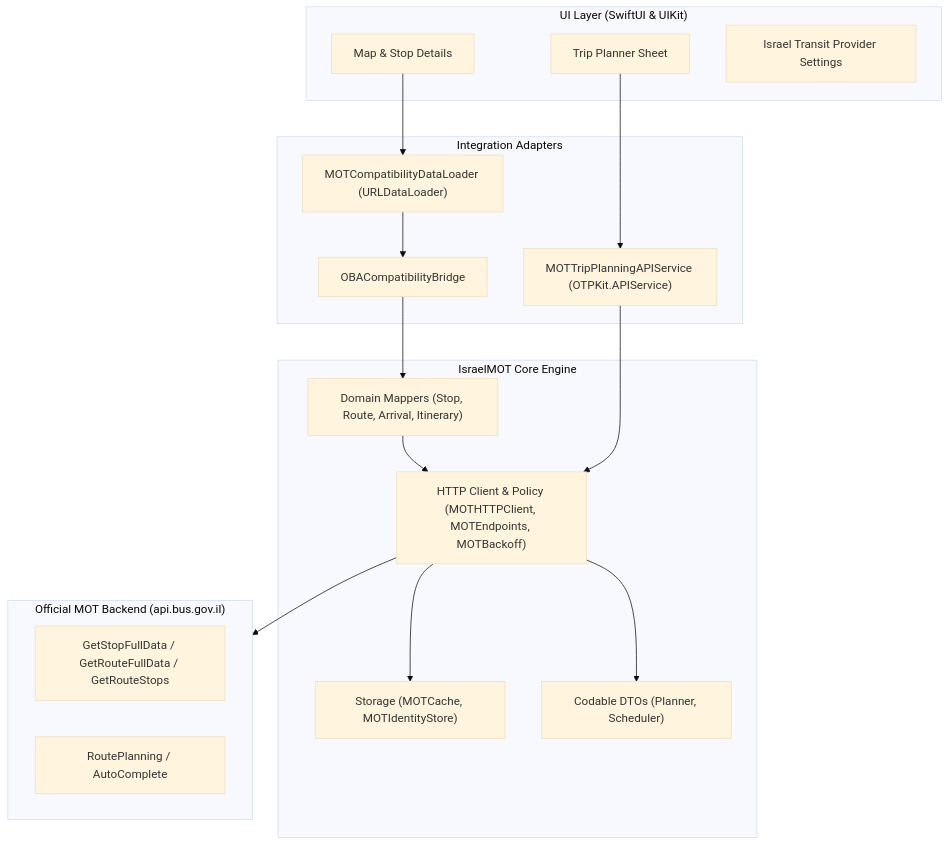
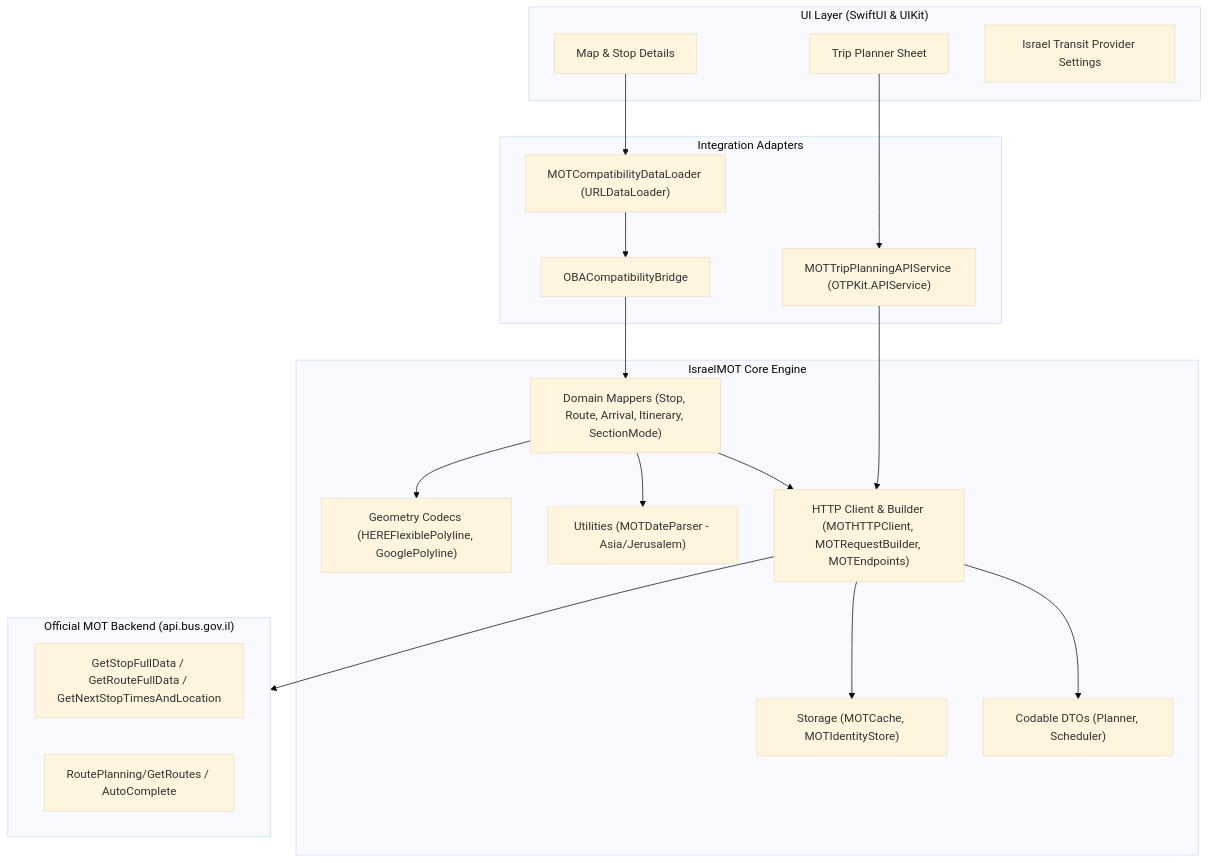
Before and after one commit to davidpovarsky/onebusaway-ios: the diagram in docs/ARCHITECTURE.md, drawn with Mermaid (base theme). The commit also changed other lines of this file and 7 other files, not shown here.

````diff
--- a/docs/ARCHITECTURE.md
+++ b/docs/ARCHITECTURE.md
@@ -17,36 +17,40 @@
 ```mermaid
 graph TD
     subgraph UI ["UI Layer (SwiftUI & UIKit)"]
         MapView["Map & Stop Details"]
         TripPlanner["Trip Planner Sheet"]
         Settings["Israel Transit Provider Settings"]
     end
 
     subgraph Adapters ["Integration Adapters"]
         DataLoader["MOTCompatibilityDataLoader (URLDataLoader)"]
         OTPAdapter["MOTTripPlanningAPIService (OTPKit.APIService)"]
         Bridge["OBACompatibilityBridge"]
     end
 
     subgraph Core ["IsraelMOT Core Engine"]
-        Mappers["Domain Mappers (Stop, Route, Arrival, Itinerary)"]
+        Mappers["Domain Mappers (Stop, Route, Arrival, Itinerary, SectionMode)"]
+        Geometry["Geometry Codecs (HEREFlexiblePolyline, GooglePolyline)"]
+        Utilities["Utilities (MOTDateParser - Asia/Jerusalem)"]
         Storage["Storage (MOTCache, MOTIdentityStore)"]
-        HTTP["HTTP Client & Policy (MOTHTTPClient, MOTEndpoints, MOTBackoff)"]
+        HTTP["HTTP Client & Builder (MOTHTTPClient, MOTRequestBuilder, MOTEndpoints)"]
         DTO["Codable DTOs (Planner, Scheduler)"]
     end
 
     subgraph LiveAPI ["Official MOT Backend (api.bus.gov.il)"]
-        SchedulerAPI["GetStopFullData / GetRouteFullData / GetRouteStops"]
-        PlannerAPI["RoutePlanning / AutoComplete"]
+        SchedulerAPI["GetStopFullData / GetRouteFullData / GetNextStopTimesAndLocation"]
+        PlannerAPI["RoutePlanning/GetRoutes / AutoComplete"]
     end
 
     MapView --> DataLoader
     DataLoader --> Bridge
     Bridge --> Mappers
     Mappers --> HTTP
     TripPlanner --> OTPAdapter
     OTPAdapter --> HTTP
+    Mappers --> Geometry
+    Mappers --> Utilities
     HTTP --> DTO
     HTTP --> Storage
     HTTP --> LiveAPI
 ```
````
